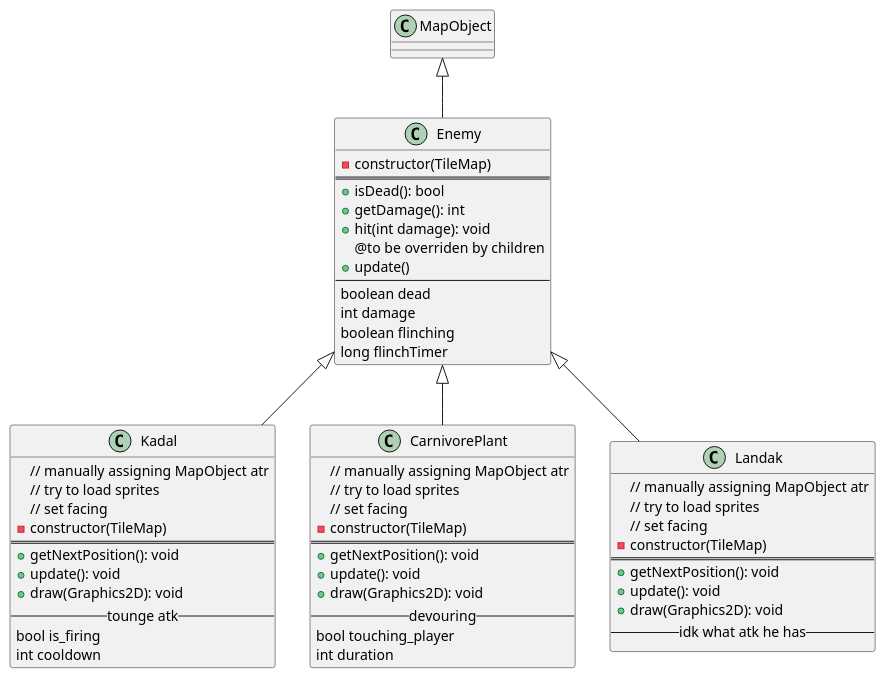
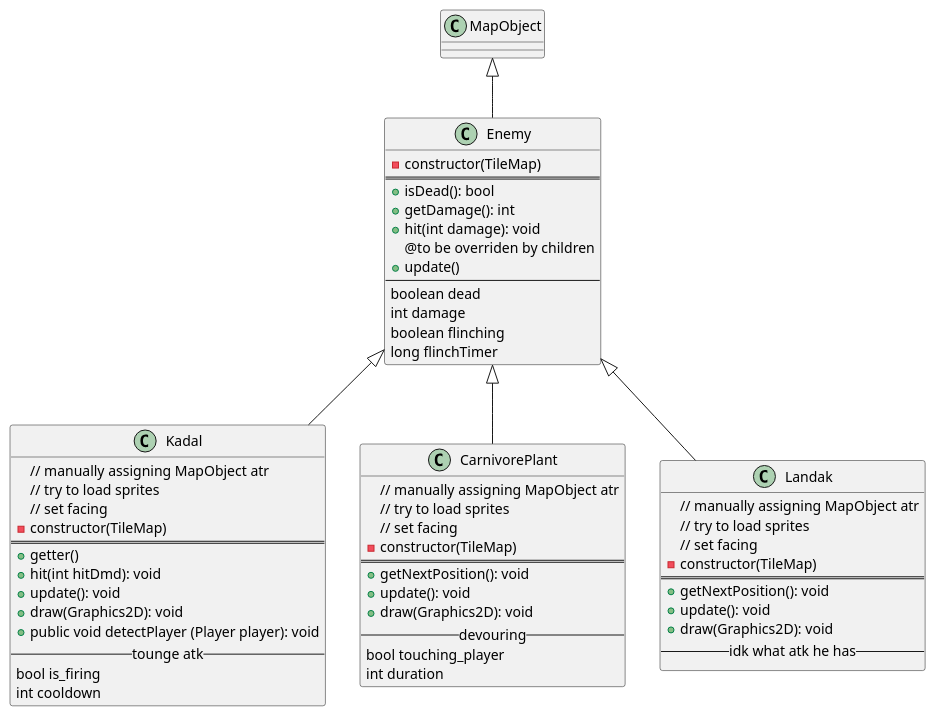
One commit to ryohilmi/peebojump changed the diagram in src/Diagram/EntityClassDiagram/Enemy.puml. Above: the diagram before and after it, drawn with PlantUML.

Commit message:
feat: tambah method di diagram Enemy

```diff
--- a/src/Diagram/EntityClassDiagram/Enemy.puml
+++ b/src/Diagram/EntityClassDiagram/Enemy.puml
@@ -1,56 +1,58 @@
 @startuml
 class Enemy extends MapObject{
 - constructor(TileMap)
 ==
 + isDead(): bool
 + getDamage(): int
 + hit(int damage): void
 @to be overriden by children
 + update()
 --
 boolean dead
 int damage
 boolean flinching
 long flinchTimer
 }
 class Kadal {
 // manually assigning MapObject atr
 // try to load sprites
 // set facing
 - constructor(TileMap)
 ==
-+ getNextPosition(): void
++ getter()
++ hit(int hitDmd): void
 + update(): void
 + draw(Graphics2D): void
++ public void detectPlayer (Player player): void
 --tounge atk--
 bool is_firing
 int cooldown
 }
 class CarnivorePlant {
 // manually assigning MapObject atr
 // try to load sprites
 // set facing
 - constructor(TileMap)
 ==
 + getNextPosition(): void
 + update(): void
 + draw(Graphics2D): void
 --devouring--
 bool touching_player
 int duration
 }
 class Landak {
 // manually assigning MapObject atr
 // try to load sprites
 // set facing
 - constructor(TileMap)
 ==
 + getNextPosition(): void
 + update(): void
 + draw(Graphics2D): void
 --idk what atk he has--
 }
 Enemy <|-- Landak
 Enemy <|-- Kadal
 Enemy <|-- CarnivorePlant
 @enduml
```
